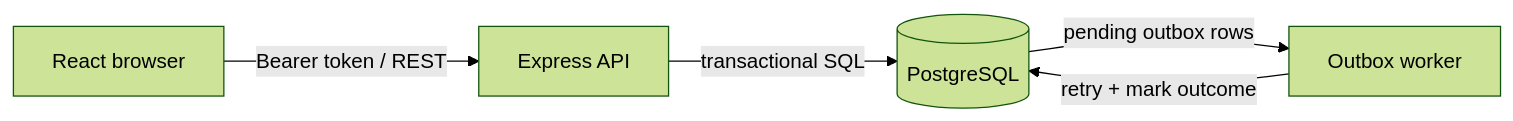
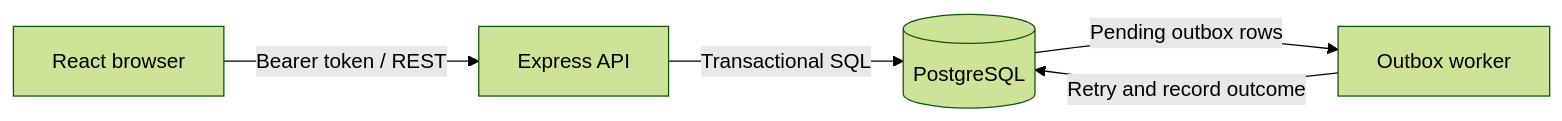
Before and after one commit to aman07052005/newtonite-ops-2300971640015: the diagram in README.md, drawn with Mermaid (forest theme). The commit also changed other lines of this file, not shown here.

````diff
--- a/README.md
+++ b/README.md
@@ -62,7 +108,7 @@
 ```mermaid
 flowchart LR
   Browser[React browser] -->|Bearer token / REST| API[Express API]
-  API -->|transactional SQL| DB[(PostgreSQL)]
-  DB -->|pending outbox rows| Worker[Outbox worker]
-  Worker -->|retry + mark outcome| DB
+  API -->|Transactional SQL| DB[(PostgreSQL)]
+  DB -->|Pending outbox rows| Worker[Outbox worker]
+  Worker -->|Retry and record outcome| DB
 ```
````
